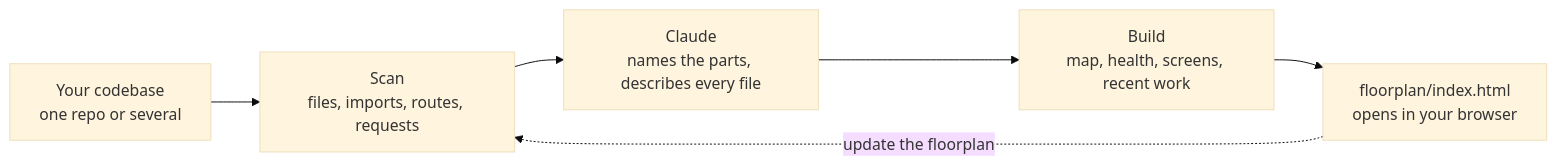
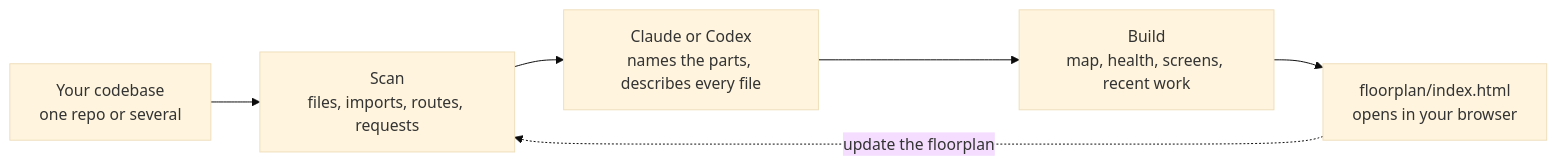
One commit to HShaebi11/floorplan changed the diagram in README.md. Above: the diagram before and after it, drawn with Mermaid (base theme). The commit also changed other lines of this file and 7 other files, not shown here.

First line of the commit message:
Docs: cover Claude Code and Codex throughout

````diff
--- a/README.md
+++ b/README.md
@@ -195,8 +201,8 @@
 ```mermaid
 flowchart LR
     code["Your codebase<br/>one repo or several"] --> scan["Scan<br/>files, imports, routes, requests"]
-    scan --> claude["Claude<br/>names the parts, describes every file"]
-    claude --> build["Build<br/>map, health, screens, recent work"]
+    scan --> agent["Claude or Codex<br/>names the parts, describes every file"]
+    agent --> build["Build<br/>map, health, screens, recent work"]
     build --> map["floorplan/index.html<br/>opens in your browser"]
     map -. "update the floorplan" .-> scan
 ```
````
